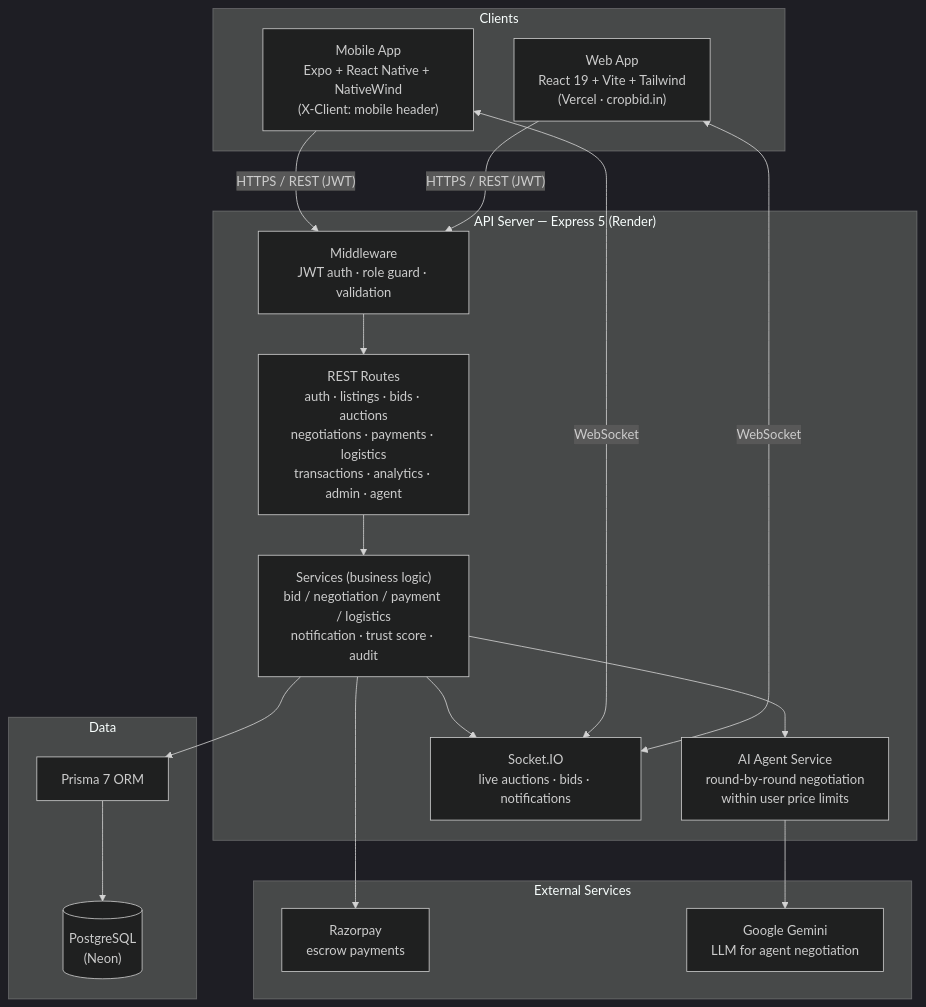
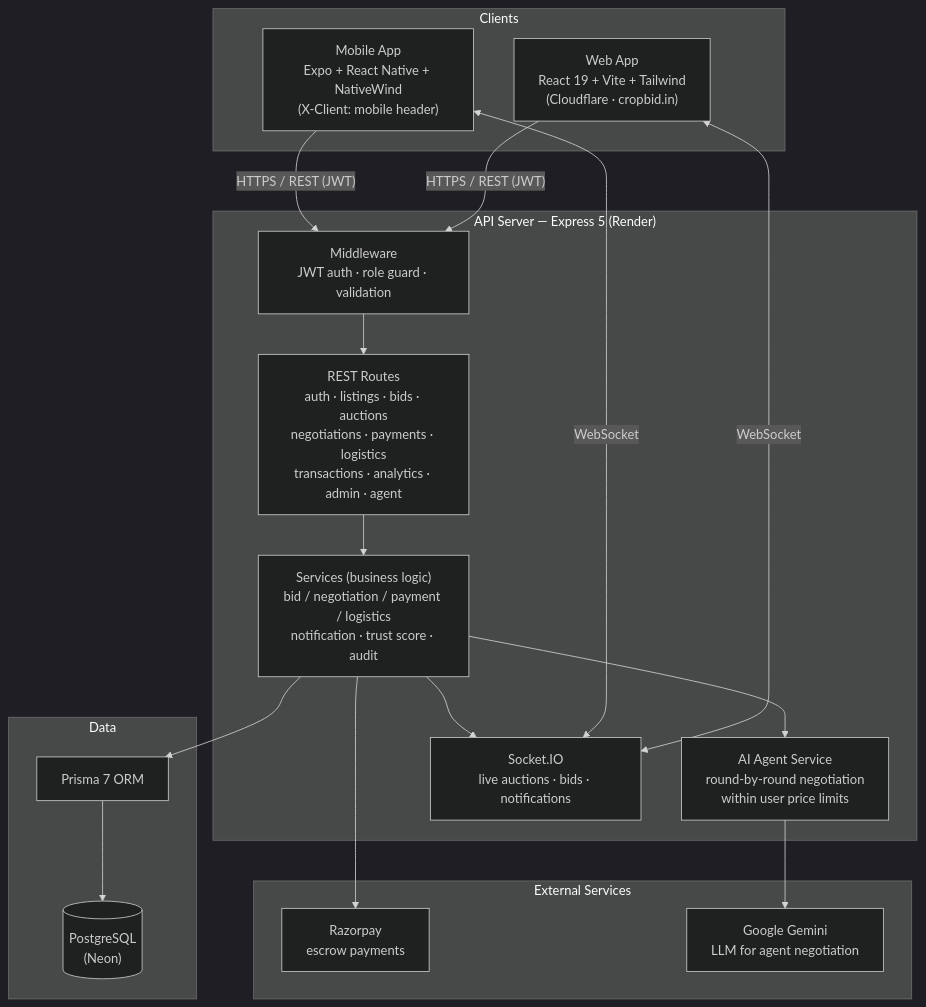
One commit to Hrishi75/CropBid changed the diagram in block-diagram/_build/system.mmd. Above: the diagram before and after it, drawn with Mermaid (dark theme). The commit also changed 13 other files, not shown here.

First line of the commit message:
Retire Vercel now the website is on Cloudflare (#178)

```diff
--- a/block-diagram/_build/system.mmd
+++ b/block-diagram/_build/system.mmd
@@ -1,35 +1,35 @@
 flowchart TB
     subgraph Clients
-        WEB["Web App<br/>React 19 + Vite + Tailwind<br/>(Vercel · cropbid.in)"]
+        WEB["Web App<br/>React 19 + Vite + Tailwind<br/>(Cloudflare · cropbid.in)"]
         MOB["Mobile App<br/>Expo + React Native + NativeWind<br/>(X-Client: mobile header)"]
     end
 
     subgraph Server["API Server — Express 5 (Render)"]
         MW["Middleware<br/>JWT auth · role guard · validation"]
         RT["REST Routes<br/>auth · listings · bids · auctions<br/>negotiations · payments · logistics<br/>transactions · analytics · admin · agent"]
         SVC["Services (business logic)<br/>bid / negotiation / payment / logistics<br/>notification · trust score · audit"]
         AI["AI Agent Service<br/>round-by-round negotiation<br/>within user price limits"]
         WS["Socket.IO<br/>live auctions · bids · notifications"]
     end
 
     subgraph Data
         PRISMA["Prisma 7 ORM"]
         DB[("PostgreSQL<br/>(Neon)")]
     end
 
     subgraph External["External Services"]
         RZP["Razorpay<br/>escrow payments"]
         GEM["Google Gemini<br/>LLM for agent negotiation"]
     end
 
     WEB -->|"HTTPS / REST (JWT)"| MW
     MOB -->|"HTTPS / REST (JWT)"| MW
     WEB <-->|WebSocket| WS
     MOB <-->|WebSocket| WS
 
     MW --> RT --> SVC
     SVC --> AI
     SVC --> WS
     SVC --> PRISMA --> DB
     AI --> GEM
     SVC --> RZP
```
